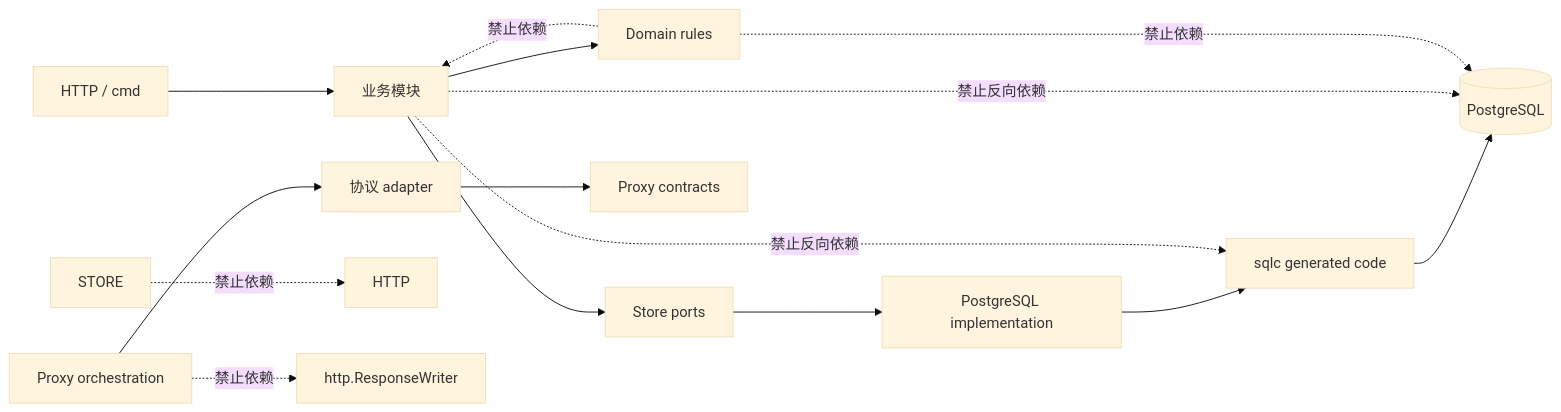
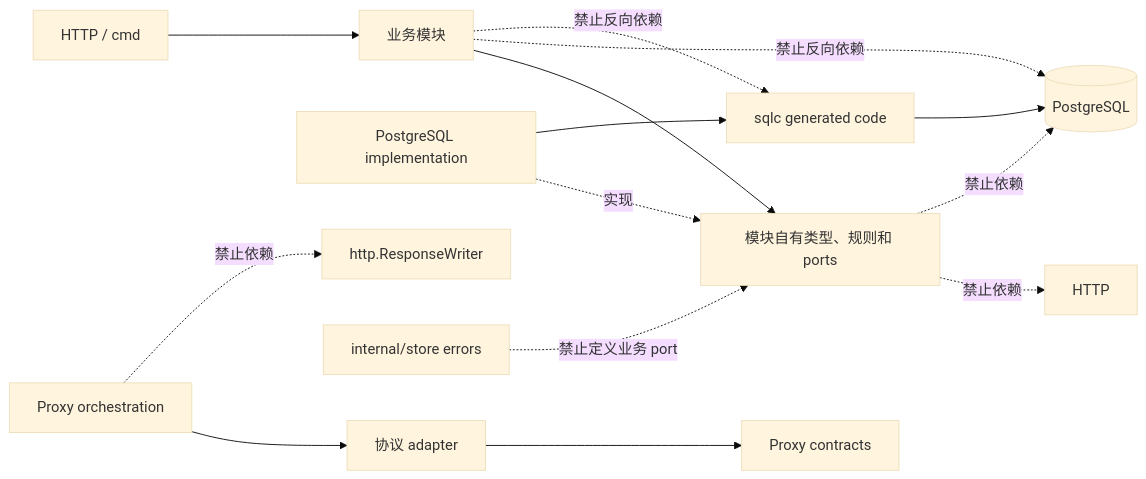
One commit to xiongxiansheng050454/LLMGateway changed the second of 6 diagrams in docs/module-boundaries-and-dataflow.md. Above: the diagram before and after it, drawn with Mermaid (base theme). The commit also changed other lines of this file and 107 other files, not shown here.

````diff
--- a/docs/module-boundaries-and-dataflow.md
+++ b/docs/module-boundaries-and-dataflow.md
@@ -119,19 +119,18 @@
 ```mermaid
 flowchart LR
     ENTRY[HTTP / cmd] --> BUSINESS[业务模块]
-    BUSINESS --> PORTS[Store ports]
-    BUSINESS --> DOMAIN[Domain rules]
-    PORTS --> IMPLEMENTATION[PostgreSQL implementation]
+    BUSINESS --> TYPES[模块自有类型、规则和 ports]
+    IMPLEMENTATION[PostgreSQL implementation] -.实现.-> TYPES
     IMPLEMENTATION --> GENERATED[sqlc generated code]
     GENERATED --> DATABASE[(PostgreSQL)]
 
     PROTOCOL[协议 adapter] --> CONTRACT[Proxy contracts]
     PROXY[Proxy orchestration] --> PROTOCOL
 
     BUSINESS -.禁止反向依赖.-> DATABASE
     BUSINESS -.禁止反向依赖.-> GENERATED
-    DOMAIN -.禁止依赖.-> BUSINESS
-    DOMAIN -.禁止依赖.-> DATABASE
-    STORE -.禁止依赖.-> HTTP
+    TYPES -.禁止依赖.-> HTTP
+    TYPES -.禁止依赖.-> DATABASE
+    STORE[internal/store errors] -.禁止定义业务 port.-> TYPES
     PROXY -.禁止依赖.-> HTTP_WRITER[http.ResponseWriter]
 ```
````
